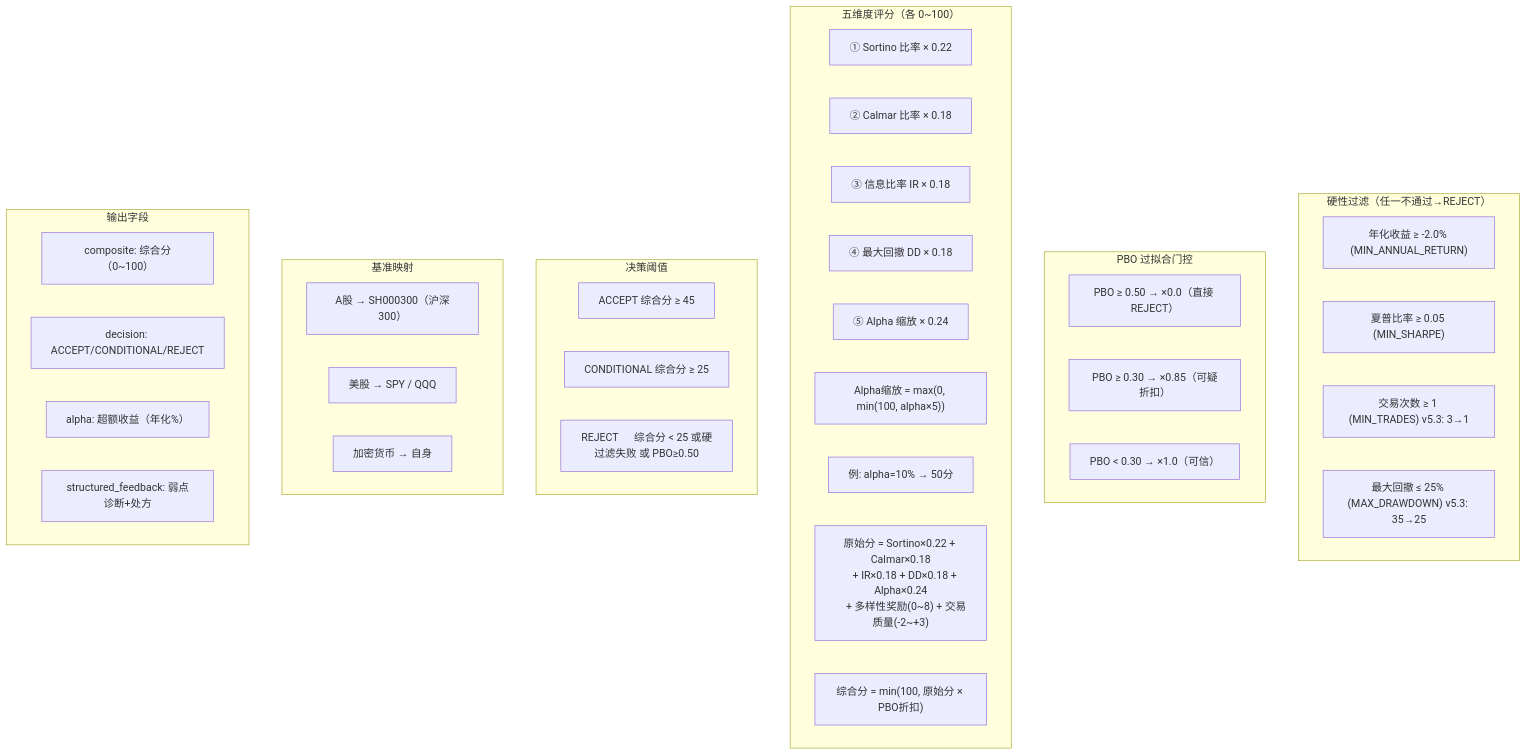
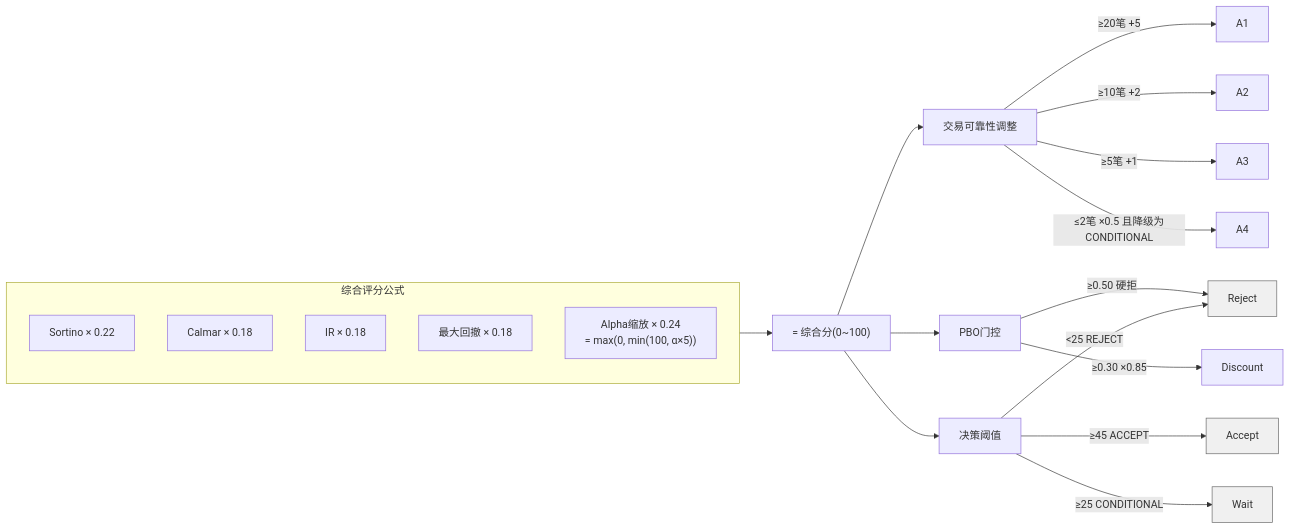
The diagram in dashboard/src/data/strategy/scoring_standards.mmd (Readm/quant), drawn with Mermaid before and after one commit. The commit also changed 9 other files, not shown here.

```diff
--- a/dashboard/src/data/strategy/scoring_standards.mmd
+++ b/dashboard/src/data/strategy/scoring_standards.mmd
@@ -1,48 +1,29 @@
-graph TB
-  subgraph FILTERS["硬性过滤（任一不通过→REJECT）"]
-    F1["年化收益 ≥ -2.0% (MIN_ANNUAL_RETURN)"]
-    F2["夏普比率 ≥ 0.05 (MIN_SHARPE)"]
-    F3["交易次数 ≥ 1 (MIN_TRADES) v5.3: 3→1"]
-    F4["最大回撤 ≤ 25% (MAX_DRAWDOWN) v5.3: 35→25"]
-  end
+graph LR
+    subgraph Composite["综合评分公式"]
+        Sortino["Sortino × 0.22"]
+        Calmar["Calmar × 0.18"]
+        IR["IR × 0.18"]
+        Drawdown["最大回撤 × 0.18"]
+        AlphaScaled["Alpha缩放 × 0.24<br/>= max(0, min(100, α×5))"]
+    end
 
-  subgraph PBO["PBO 过拟合门控"]
-    P1["PBO ≥ 0.50 → ×0.0（直接 REJECT）"]
-    P2["PBO ≥ 0.30 → ×0.85（可疑折扣）"]
-    P3["PBO < 0.30 → ×1.0（可信）"]
-  end
+    Composite --> Sum["= 综合分(0~100)"]
 
-  subgraph SCORE["五维度评分（各 0~100）"]
-    S1["① Sortino 比率 × 0.22"]
-    S2["② Calmar 比率  × 0.18"]
-    S3["③ 信息比率 IR  × 0.18"]
-    S4["④ 最大回撤 DD  × 0.18"]
-    S5["⑤ Alpha 缩放    × 0.24"]
-    S6["Alpha缩放 = max(0, min(100, alpha×5))"]
-    S7["例: alpha=10% → 50分"]
+    Sum --> TradeAdj["交易可靠性调整"]
+    TradeAdj --> |"≥20笔 +5"| A1
+    TradeAdj --> |"≥10笔 +2"| A2
+    TradeAdj --> |"≥5笔 +1"| A3
+    TradeAdj --> |"≤2笔 ×0.5 且降级为CONDITIONAL"| A4
 
-    RAW["原始分 = Sortino×0.22 + Calmar×0.18
-    + IR×0.18 + DD×0.18 + Alpha×0.24
-    + 多样性奖励(0~8) + 交易质量(-2~+3)"]
+    Sum --> PBO["PBO门控"]
+    PBO --> |"≥0.50 硬拒"| Reject
+    PBO --> |"≥0.30 ×0.85"| Discount
 
-    COMP["综合分 = min(100, 原始分 × PBO折扣)"]
-  end
+    Sum --> Decision["决策阈值"]
+    Decision --> |"≥45 ACCEPT"| Accept
+    Decision --> |"≥25 CONDITIONAL"| Wait
+    Decision --> |"<25 REJECT"| Reject
 
-  subgraph DECISION["决策阈值"]
-    D1["ACCEPT      综合分 ≥ 45"]
-    D2["CONDITIONAL 综合分 ≥ 25"]
-    D3["REJECT      综合分 < 25 或硬过滤失败 或 PBO≥0.50"]
-  end
-
-  subgraph BENCH["基准映射"]
-    B1["A股 → SH000300（沪深300）"]
-    B2["美股 → SPY / QQQ"]
-    B3["加密货币 → 自身"]
-  end
-
-  subgraph OUTPUT["输出字段"]
-    O1["composite: 综合分（0~100）"]
-    O2["decision: ACCEPT/CONDITIONAL/REJECT"]
-    O3["alpha: 超额收益（年化%）"]
-    O4["structured_feedback: 弱点诊断+处方"]
-  end
+    style Accept fill:#f0f0f0,stroke:#666,stroke-width:1px
+    style Wait fill:#f0f0f0,stroke:#666,stroke-width:1px
+    style Reject fill:#f0f0f0,stroke:#666,stroke-width:1px
```
